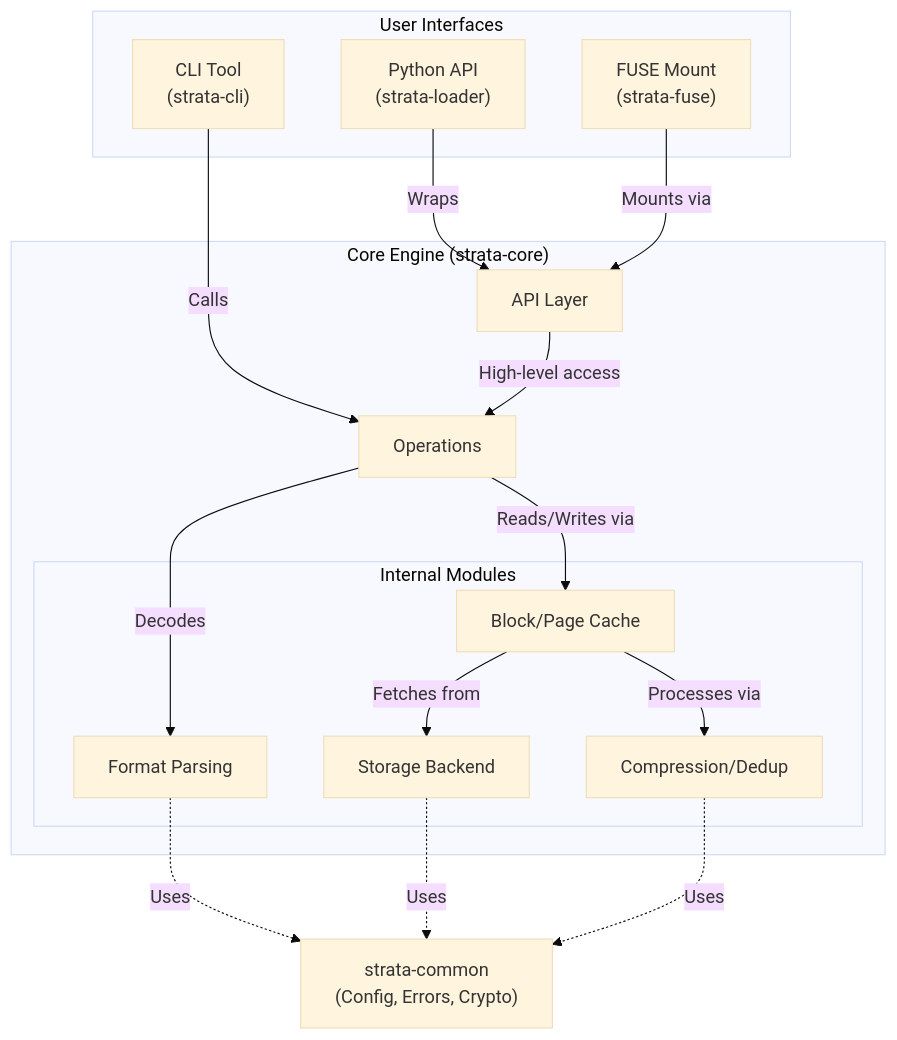
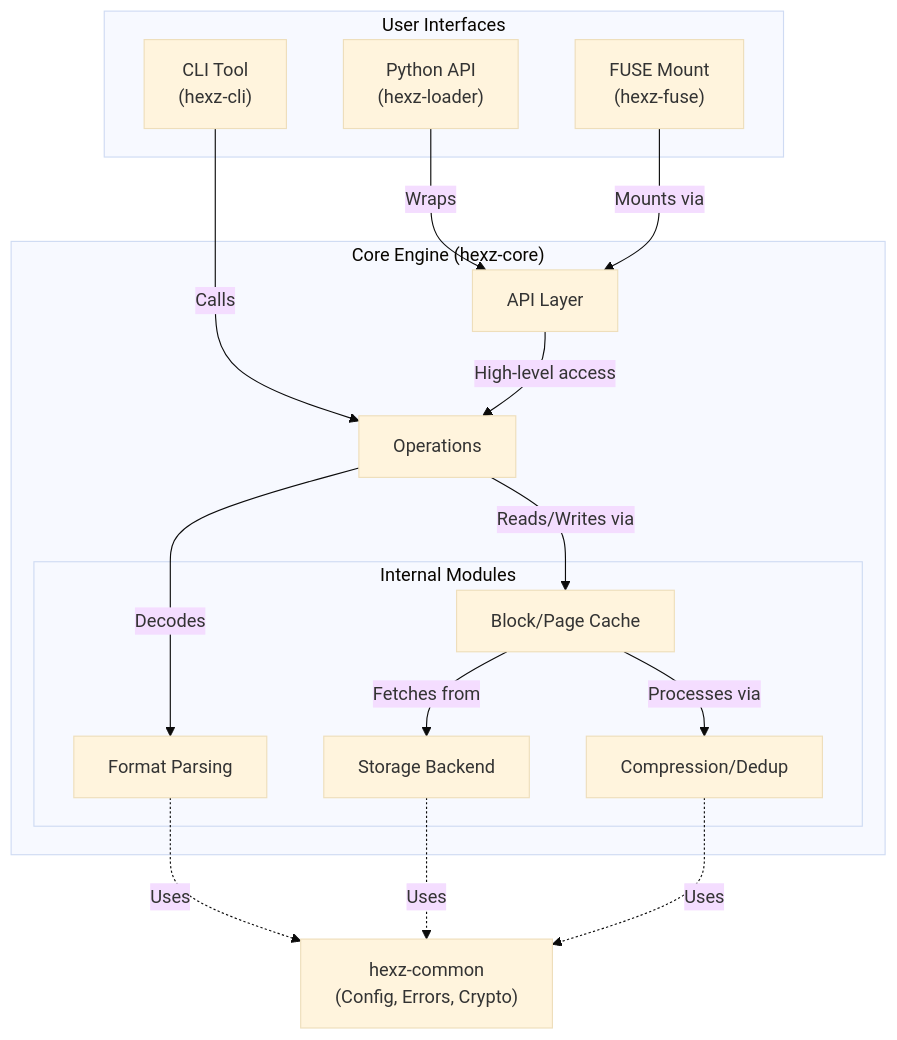
One commit to hexz-org/hexz changed the first of 9 diagrams in docs/explanation/architecture.md. Above: the diagram before and after it, drawn with Mermaid (base theme). The commit also changed other lines of this file and 268 other files, not shown here.

First line of the commit message:
feat: Fully renamed the project from Strata to hexz to better match our projects idea to optimally pack data.

````diff
--- a/docs/explanation/architecture.md
+++ b/docs/explanation/architecture.md
@@ -9,37 +9,37 @@
 ```mermaid
 graph TD
     subgraph "User Interfaces"
-        CLI["CLI Tool<br/>(strata-cli)"]
-        Py["Python API<br/>(strata-loader)"]
-        Fuse["FUSE Mount<br/>(strata-fuse)"]
+        CLI["CLI Tool<br/>(hexz-cli)"]
+        Py["Python API<br/>(hexz-loader)"]
+        Fuse["FUSE Mount<br/>(hexz-fuse)"]
     end
 
-    subgraph "Core Engine (strata-core)"
+    subgraph "Core Engine (hexz-core)"
         API[API Layer]
         Ops[Operations]
         
         subgraph "Internal Modules"
             Format[Format Parsing]
             Cache[Block/Page Cache]
             Algo[Compression/Dedup]
             Store[Storage Backend]
         end
     end
 
-    Common["strata-common<br/>(Config, Errors, Crypto)"]
+    Common["hexz-common<br/>(Config, Errors, Crypto)"]
 
     CLI -->|Calls| Ops
     Py -->|Wraps| API
     Fuse -->|Mounts via| API
 
     API -->|High-level access| Ops
     Ops -->|Decodes| Format
     Ops -->|Reads/Writes via| Cache
     
     Cache -->|Fetches from| Store
     Cache -->|Processes via| Algo
     
     Format -.->|Uses| Common
     Store -.->|Uses| Common
     Algo -.->|Uses| Common
 ```
````
